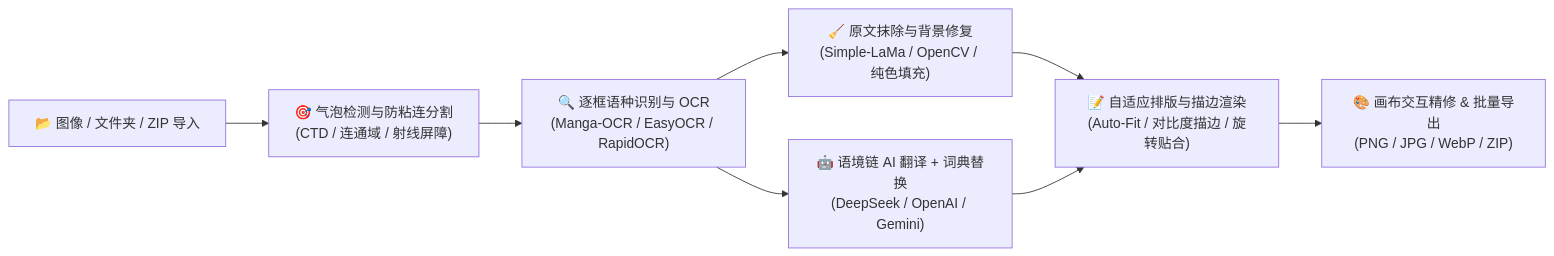
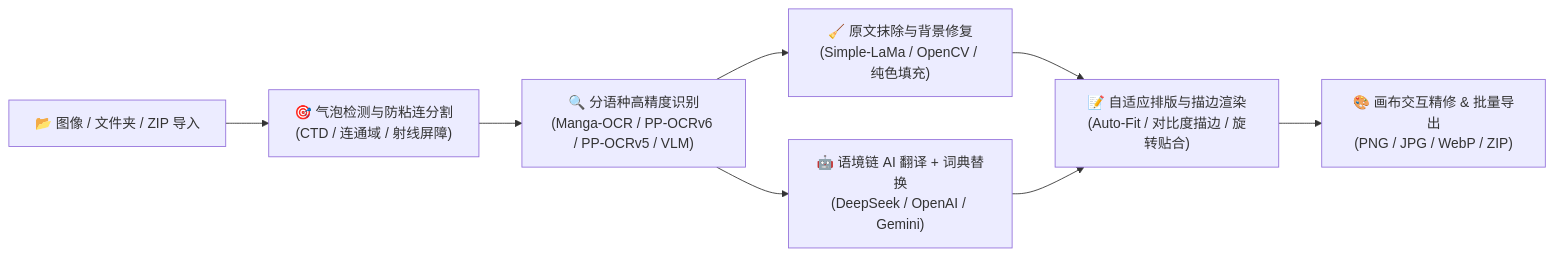
Before and after one commit to sulang0911/Automatic-Manga-Translation: the diagram in README.md, drawn with Mermaid. The commit also changed other lines of this file and 23 other files, not shown here.

Commit message:
feat: add per-language CUDA OCR routing (PP-OCRv6/v5, Manga-OCR, VLM fallback) and remove redundant files

````diff
--- a/README.md
+++ b/README.md
@@ -50,10 +50,10 @@
 ```mermaid
 flowchart LR
     A["📂 图像 / 文件夹 / ZIP 导入"] --> B["🎯 气泡检测与防粘连分割\n(CTD / 连通域 / 射线屏障)"]
-    B --> C["🔍 逐框语种识别与 OCR\n(Manga-OCR / EasyOCR / RapidOCR)"]
+    B --> C["🔍 分语种高精度识别\n(Manga-OCR / PP-OCRv6 / PP-OCRv5 / VLM)"]
     C --> D["🧹 原文抹除与背景修复\n(Simple-LaMa / OpenCV / 纯色填充)"]
     C --> E["🤖 语境链 AI 翻译 + 词典替换\n(DeepSeek / OpenAI / Gemini)"]
     D --> F["📝 自适应排版与描边渲染\n(Auto-Fit / 对比度描边 / 旋转贴合)"]
     E --> F
     F --> G["🎨 画布交互精修 & 批量导出\n(PNG / JPG / WebP / ZIP)"]
 ```
````
